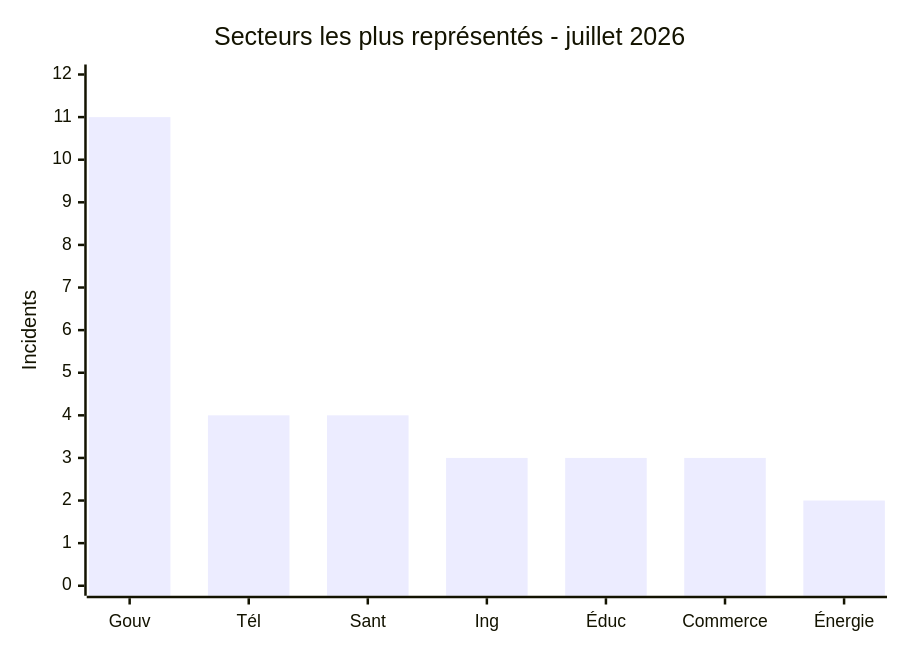
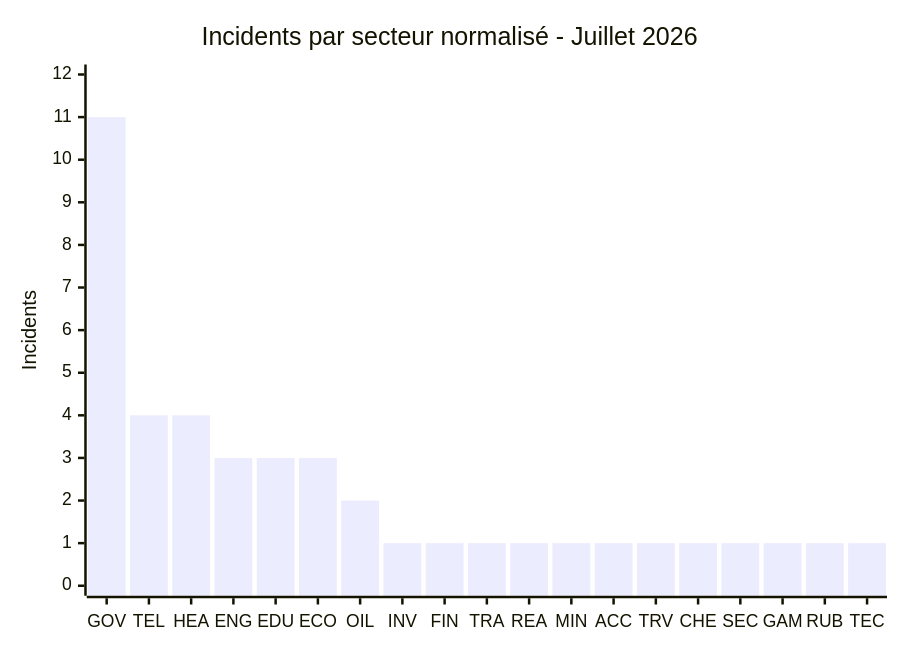
The eighth of 10 diagrams in CyberAttackAfrica/2026/07-july/README_FR.md (Hatchepsoute/AFRINTEL), drawn with Mermaid before and after one commit. The commit also changed other lines of this file and 45 other files, not shown here.

````diff
--- a/CyberAttackAfrica/2026/07-july/README_FR.md
+++ b/CyberAttackAfrica/2026/07-july/README_FR.md
@@ -245,7 +281,7 @@
 ```mermaid
-xychart
-    title "Secteurs les plus représentés - juillet 2026"
-    x-axis ["Gouv","Tél","Sant","Ing","Éduc","Commerce","Énergie"]
+xychart-beta
+    title "Incidents par secteur normalisé - Juillet 2026"
+    x-axis ["GOV", "TEL", "HEA", "ENG", "EDU", "ECO", "OIL", "INV", "FIN", "TRA", "REA", "MIN", "ACC", "TRV", "CHE", "SEC", "GAM", "RUB", "TEC"]
     y-axis "Incidents" 0 --> 12
-    bar [11,4,4,3,3,3,2]
+    bar [11, 4, 4, 3, 3, 3, 2, 1, 1, 1, 1, 1, 1, 1, 1, 1, 1, 1, 1]
 ```
````
